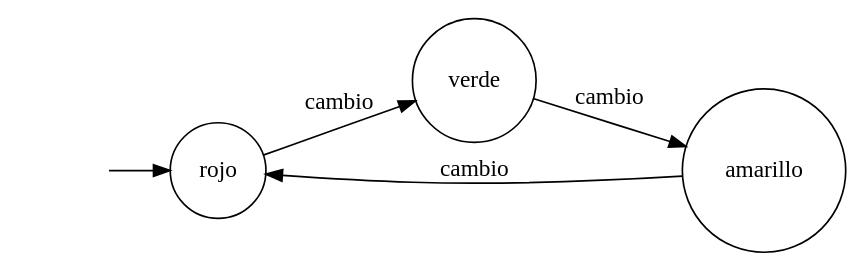
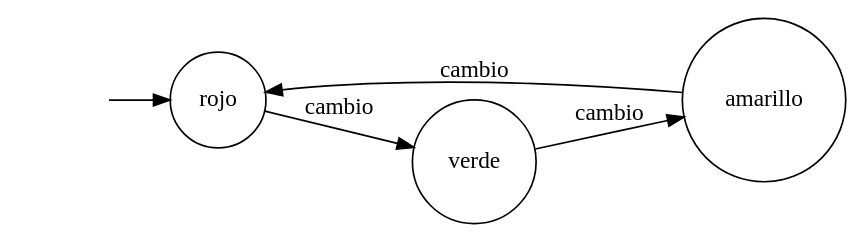
One commit to CRincon115/AutomatasFinal changed the diagram in Semaforo Simple.gv. Above: the diagram before and after it, drawn with Graphviz. The commit also changed other lines of this file and 21 other files, not shown here.

```diff
--- a/Semaforo Simple.gv
+++ b/Semaforo Simple.gv
@@ -1,11 +1,11 @@
 digraph "Semaforo Simple" {
 	graph [rankdir=LR]
 	"" [label="" shape=plaintext]
+	amarillo [label=amarillo shape=circle]
 	rojo [label=rojo shape=circle]
 	verde [label=verde shape=circle]
-	amarillo [label=amarillo shape=circle]
 	"" -> rojo [label=""]
 	rojo -> verde [label=cambio]
 	verde -> amarillo [label=cambio]
 	amarillo -> rojo [label=cambio]
 }
```
